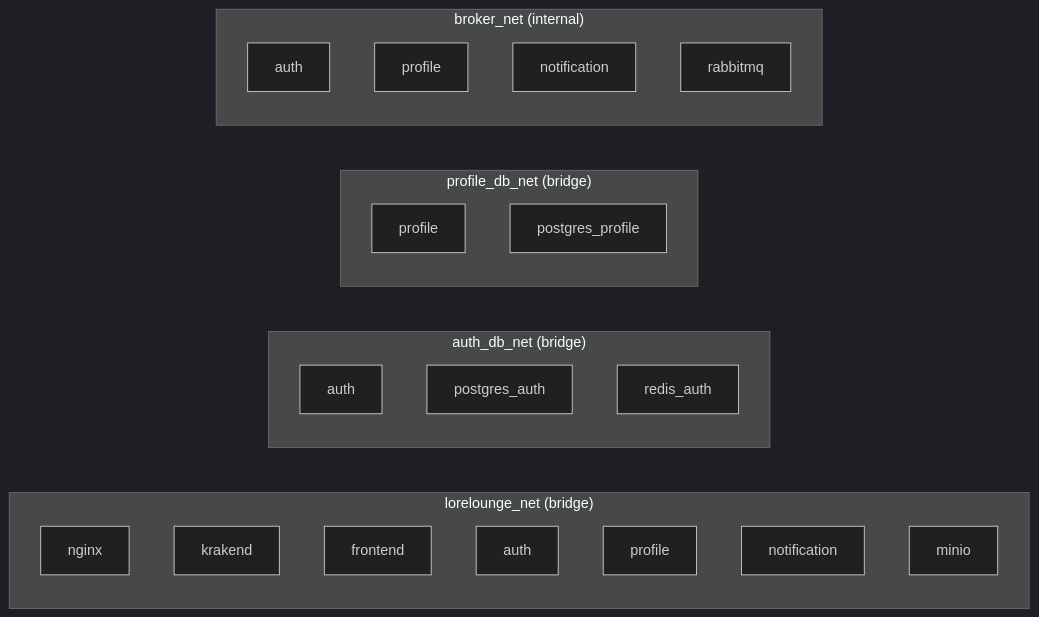
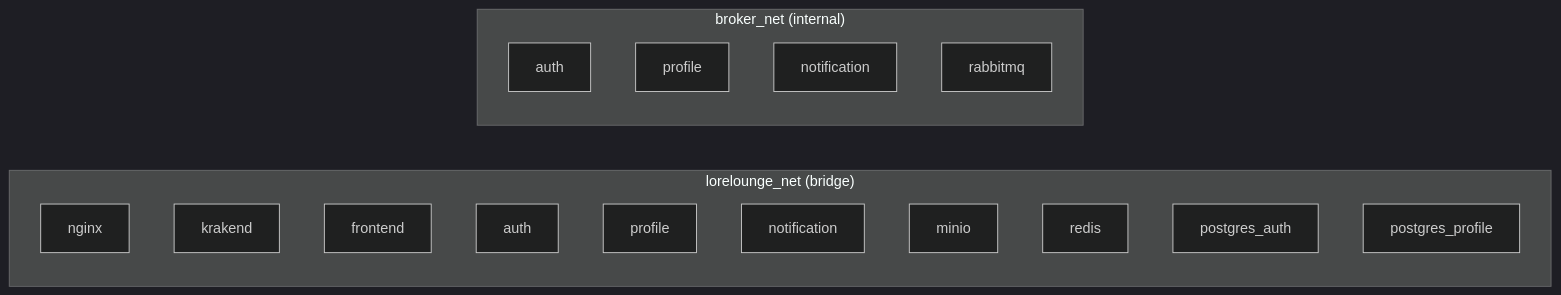
Before and after one commit to mindcoree/LoreLounge: the second of 4 diagrams in README.md, drawn with Mermaid (dark theme). The commit also changed other lines of this file and 1 other file, not shown here.

Commit message:
fix: уточнить описание Redis в документации и добавить информацию о логических базах данных

````diff
--- a/README.md
+++ b/README.md
@@ -119,30 +119,22 @@
 ```mermaid
 flowchart LR
     subgraph lorelounge_net["lorelounge_net (bridge)"]
         Nginx["nginx"]
         KrakenD["krakend"]
         Frontend["frontend"]
         Auth["auth"]
         Profile["profile"]
         Notification["notification"]
         MinIO["minio"]
-    end
-
-    subgraph auth_db_net["auth_db_net (bridge)"]
-        Auth2["auth"]
-        PGAuth["postgres_auth"]
-        RedisAuth["redis_auth"]
-    end
-
-    subgraph profile_db_net["profile_db_net (bridge)"]
-        Profile2["profile"]
-        PGProfile["postgres_profile"]
+        Redis["redis"]
+        PostgresAuth["postgres_auth"]
+        PostgresProfile["postgres_profile"]
     end
 
     subgraph broker_net["broker_net (internal)"]
         Auth3["auth"]
         Profile3["profile"]
         Notification2["notification"]
         RMQ["rabbitmq"]
     end
 ```
````
